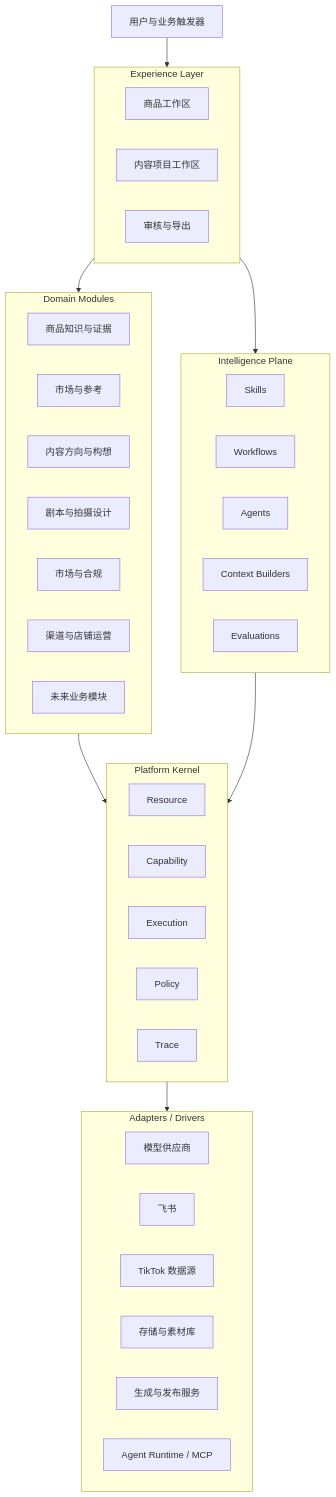
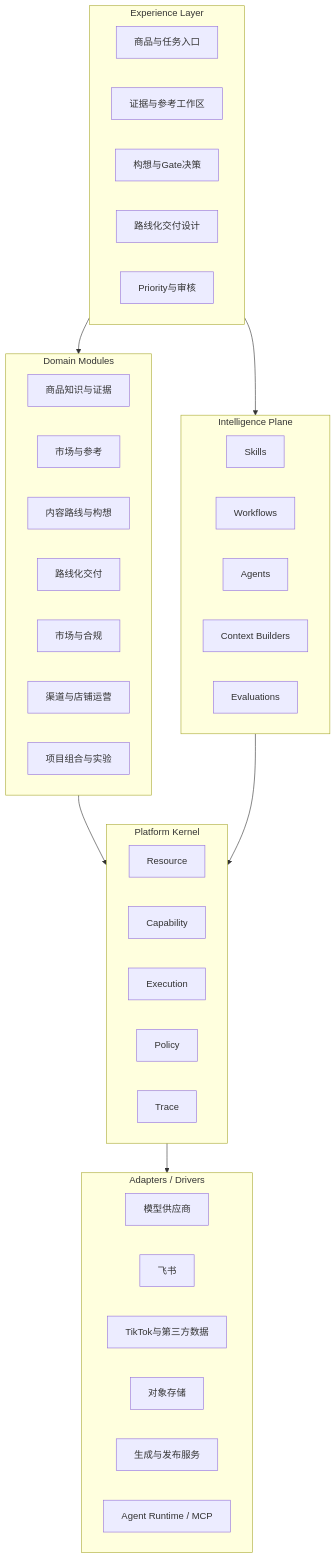
The sixth of 7 diagrams in 00_MASTER_DESIGN.md (SONG-36/TK_Video_Intelligence_Workbench), drawn with Mermaid before and after one commit. The commit also changed other lines of this file and 8 other files, not shown here.

````diff
--- a/00_MASTER_DESIGN.md
+++ b/00_MASTER_DESIGN.md
@@ -185,52 +251,51 @@
 ```mermaid
 flowchart TB
-    U[用户与业务触发器]
-
     subgraph UX[Experience Layer]
-        UI1[商品工作区]
-        UI2[内容项目工作区]
-        UI3[审核与导出]
+        U1[商品与任务入口]
+        U2[证据与参考工作区]
+        U3[构想与Gate决策]
+        U4[路线化交付设计]
+        U5[Priority与审核]
     end
 
     subgraph DOMAIN[Domain Modules]
         D1[商品知识与证据]
         D2[市场与参考]
-        D3[内容方向与构想]
-        D4[剧本与拍摄设计]
+        D3[内容路线与构想]
+        D4[路线化交付]
         D5[市场与合规]
         D6[渠道与店铺运营]
-        D7[未来业务模块]
+        D7[项目组合与实验]
     end
 
     subgraph INTEL[Intelligence Plane]
         I1[Skills]
         I2[Workflows]
         I3[Agents]
         I4[Context Builders]
         I5[Evaluations]
     end
 
     subgraph KERNEL[Platform Kernel]
         K1[Resource]
         K2[Capability]
         K3[Execution]
         K4[Policy]
         K5[Trace]
     end
 
     subgraph ADAPTERS[Adapters / Drivers]
         A1[模型供应商]
         A2[飞书]
-        A3[TikTok 数据源]
-        A4[存储与素材库]
+        A3[TikTok与第三方数据]
+        A4[对象存储]
         A5[生成与发布服务]
         A6[Agent Runtime / MCP]
     end
 
-    U --> UX
     UX --> DOMAIN
     UX --> INTEL
     DOMAIN --> KERNEL
     INTEL --> KERNEL
     KERNEL --> ADAPTERS
 ```
````
